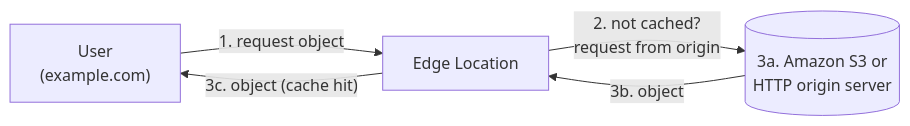
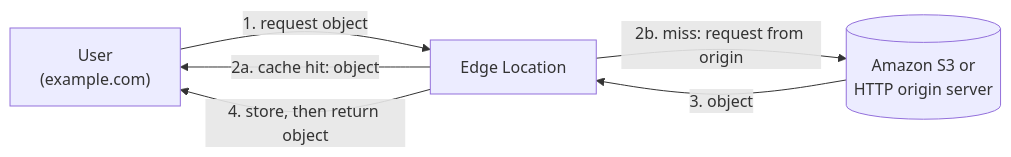
The fourth of 4 diagrams in hld/10-caching-and-cdn.md (aaryan-pradhan/core-cs-fundamentals), drawn with Mermaid before and after one commit. The commit also changed other lines of this file, not shown here.

Commit message:
Fix CDN diagram, latencies and code in topic 10

````diff
--- a/hld/10-caching-and-cdn.md
+++ b/hld/10-caching-and-cdn.md
@@ -73,7 +73,8 @@
 ```mermaid
 flowchart LR
     U["User<br/>(example.com)"] -->|"1. request object"| E["Edge Location"]
-    E -->|"3c. object (cache hit)"| U
-    E -->|"2. not cached?<br/>request from origin"| O[("3a. Amazon S3 or<br/>HTTP origin server")]
-    O -->|"3b. object"| E
+    E -->|"2a. cache hit: object"| U
+    E -->|"2b. miss: request from origin"| O[("Amazon S3 or<br/>HTTP origin server")]
+    O -->|"3. object"| E
+    E -->|"4. store, then return object"| U
 ```
````
